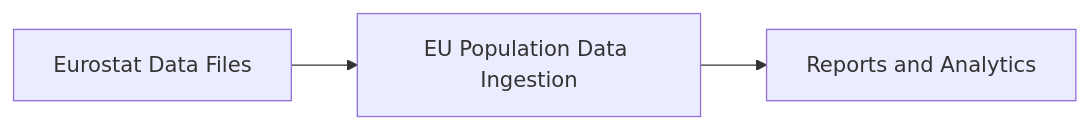
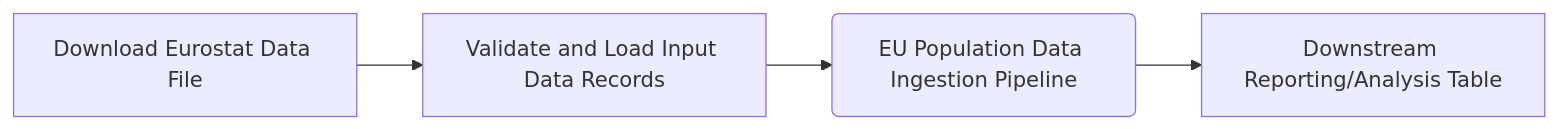
Before and after one commit to scardoso-lu/fabric-business-doc-agent: the diagram in output/EU Population Data Ingestion.md, drawn with Mermaid. The commit also changed other lines of this file and 20 other files, not shown here.

Commit message:
include powerautomate flow and pseudo-code explanation

````diff
--- a/output/EU Population Data Ingestion.md
+++ b/output/EU Population Data Ingestion.md
@@ -24,4 +23,4 @@
 ```mermaid
 flowchart LR
-    EurostatData[Eurostat Data Files] --> EUPopulationDataIngestion[EU Population Data Ingestion] --> DownstreamReports[Reports and Analytics]
+    EurostatFile[Download Eurostat Data File] --> ValidateFile[Validate and Load Input Data Records] --> IngestionProcess(EU Population Data Ingestion Pipeline) --> DownstreamConsumer[Downstream Reporting/Analysis Table]
 ```
````
